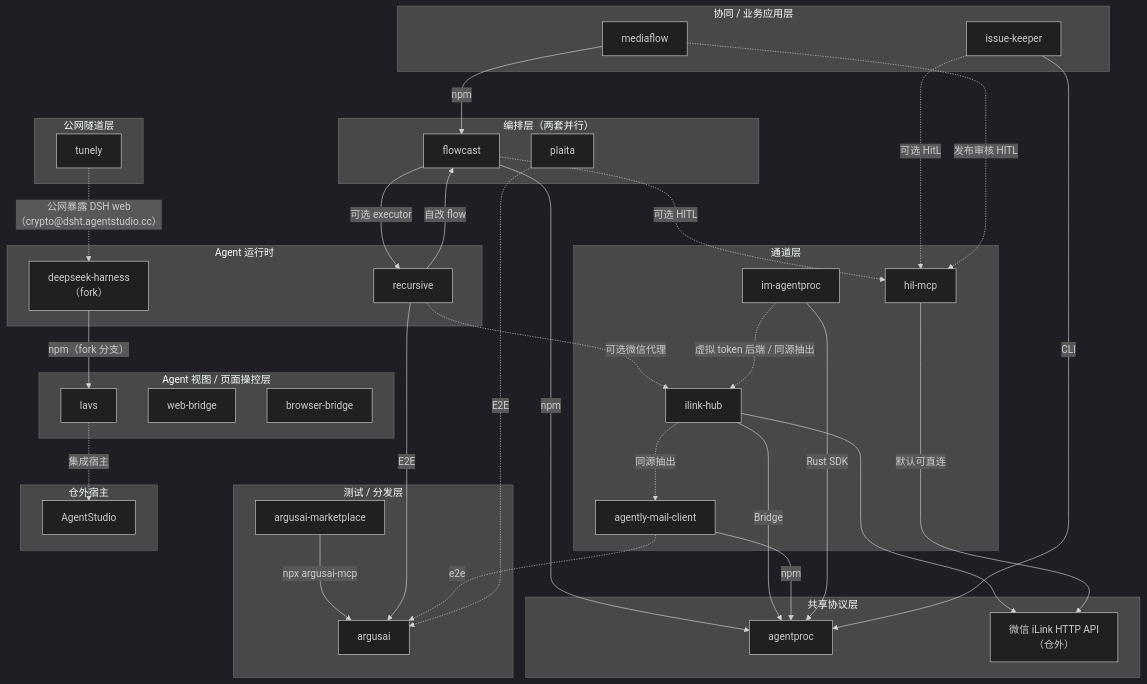
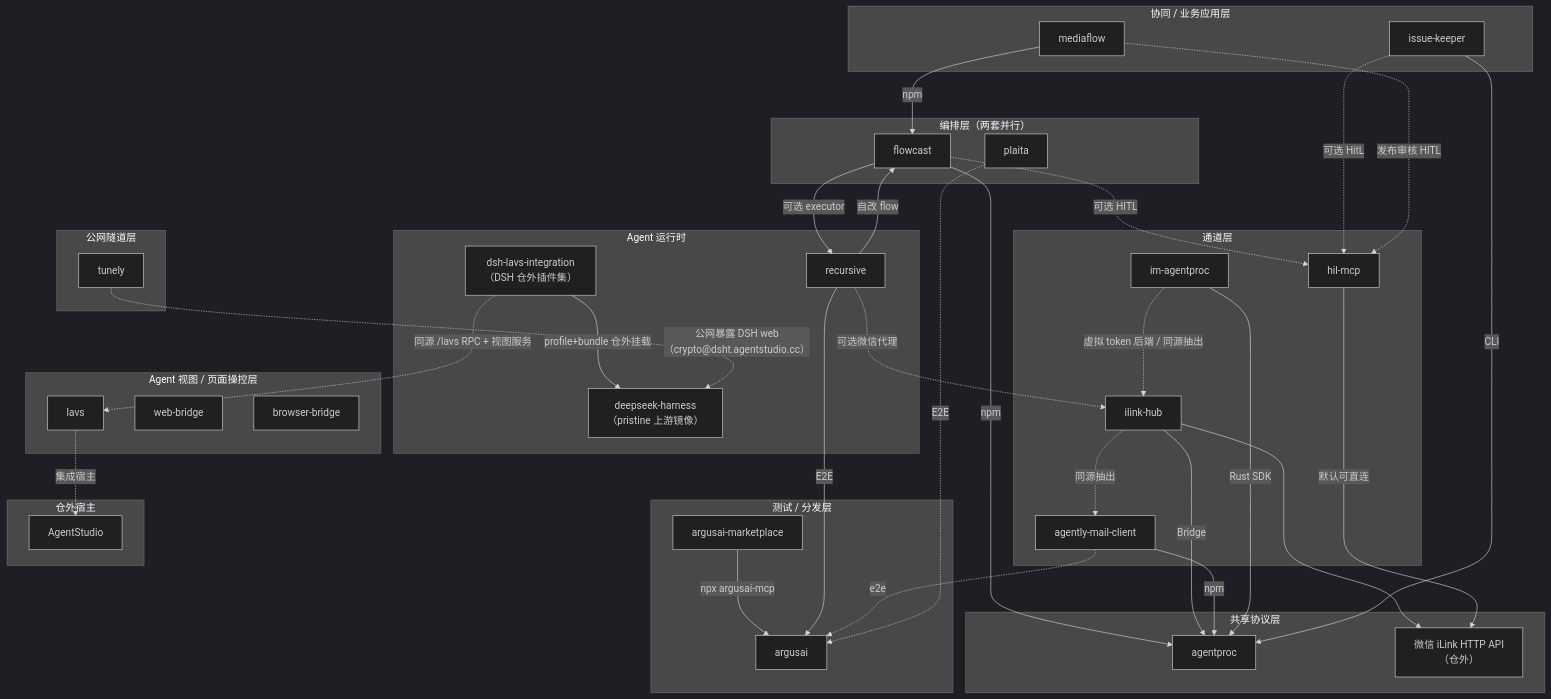
The first of 2 diagrams in docs/ARCHITECTURE.md (jeffkit/infra4agent), drawn with Mermaid (dark theme) before and after one commit. The commit also changed other lines of this file and 2 other files, not shown here.

First line of the commit message:
docs(mona): 登记 dsh-lavs-integration 子仓——DSH 仓外 LAVS 集成插件集（profile+bundle 挂载，纯项目作用域 v3）

````diff
--- a/docs/ARCHITECTURE.md
+++ b/docs/ARCHITECTURE.md
@@ -33,72 +33,74 @@
 ```mermaid
 flowchart TB
   subgraph collab["协同 / 业务应用层"]
     IK["issue-keeper"]
     MF["mediaflow"]
   end
 
   subgraph test["测试 / 分发层"]
     AM["argusai-marketplace"]
     AA["argusai"]
     AM -->|npx argusai-mcp| AA
   end
 
   subgraph ui["Agent 视图 / 页面操控层"]
     LAVS["lavs"]
     WB["web-bridge"]
     BB["browser-bridge"]
   end
 
   subgraph orch["编排层（两套并行）"]
     FC["flowcast"]
     PL["plaita"]
   end
 
   subgraph runtime["Agent 运行时"]
     REC["recursive"]
-    DSH["deepseek-harness<br/>（fork）"]
+    DSH["deepseek-harness<br/>（pristine 上游镜像）"]
+    DSLI["dsh-lavs-integration<br/>（DSH 仓外插件集）"]
   end
 
   subgraph channel["通道层"]
     IH["ilink-hub"]
     IMAP["im-agentproc"]
     HITL["hil-mcp"]
     MAIL["agently-mail-client"]
   end
 
   subgraph tunnel["公网隧道层"]
     TN["tunely"]
   end
 
   subgraph shared["共享协议层"]
     AP["agentproc"]
     ILINK["微信 iLink HTTP API<br/>（仓外）"]
   end
 
   subgraph external["仓外宿主"]
     AS["AgentStudio"]
   end
 
   FC -->|npm| AP
   FC -->|可选 executor| REC
   FC -.->|可选 HITL| HITL
   REC -->|自改 flow| FC
   REC -.->|可选微信代理| IH
   REC -->|E2E| AA
   IH -->|Bridge| AP
   IH --> ILINK
   IH -.->|同源抽出| MAIL
   MAIL -->|npm| AP
   IMAP -->|Rust SDK| AP
   IMAP -.->|虚拟 token 后端 / 同源抽出| IH
   HITL -->|默认可直连| ILINK
   IK -->|CLI| AP
   IK -.->|可选 HitL| HITL
   MAIL -.->|e2e| AA
   PL -.->|E2E| AA
   MF -->|npm| FC
   MF -.->|发布审核 HITL| HITL
-  DSH -->|npm（fork 分支）| LAVS
+  DSLI -->|profile+bundle 仓外挂载| DSH
+  DSLI -.->|同源 /lavs RPC + 视图服务| LAVS
   TN -.->|公网暴露 DSH web（crypto@dsht.agentstudio.cc）| DSH
   LAVS -.->|集成宿主| AS
 ```
````
